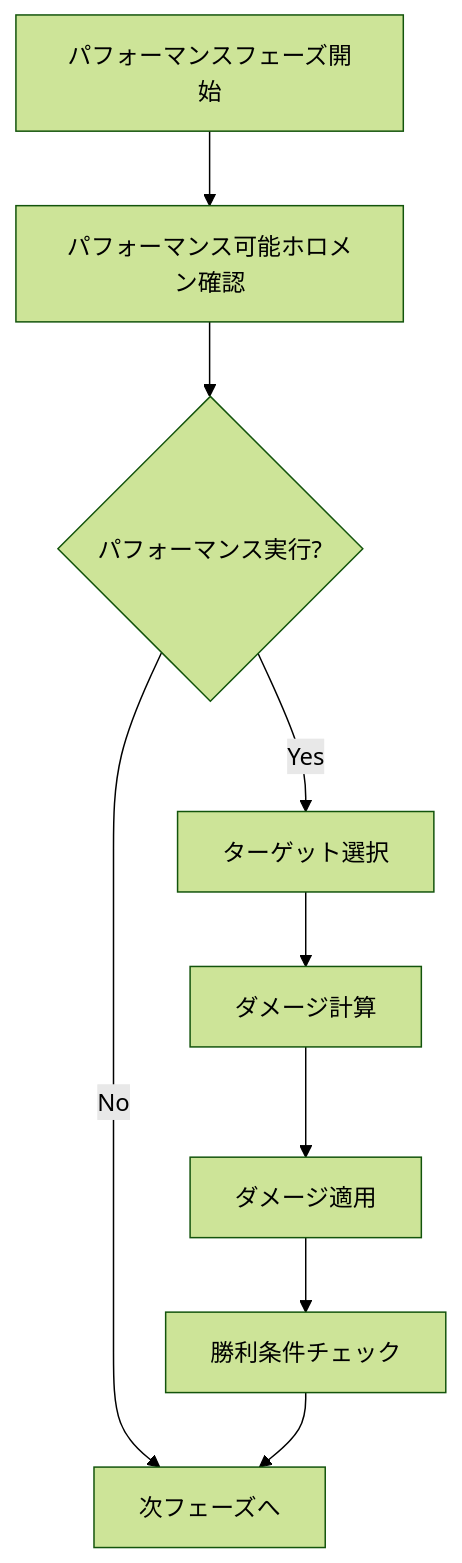
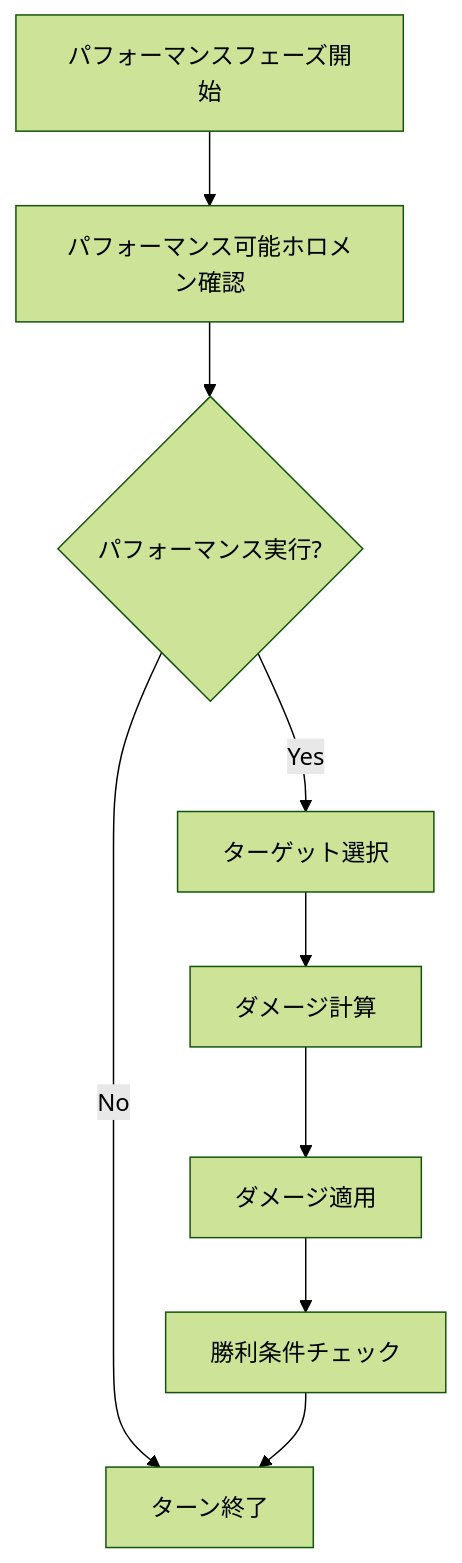
The sixth of 14 diagrams in battle_simulator/docs/STATE_FLOW.md (ikachan-desuyo/hololive_card_list_check), drawn with Mermaid (forest theme) before and after one commit. The commit also changed other lines of this file and 6 other files, not shown here.

````diff
--- a/battle_simulator/docs/STATE_FLOW.md
+++ b/battle_simulator/docs/STATE_FLOW.md
@@ -88,11 +87,11 @@
 ```mermaid
 flowchart TD
     A[パフォーマンスフェーズ開始] --> B[パフォーマンス可能ホロメン確認]
     B --> C{パフォーマンス実行?}
     C -->|Yes| D[ターゲット選択]
-    C -->|No| H[次フェーズへ]
+    C -->|No| H[ターン終了]
     D --> E[ダメージ計算]
     E --> F[ダメージ適用]
     F --> G[勝利条件チェック]
     G --> H
 ```
````
